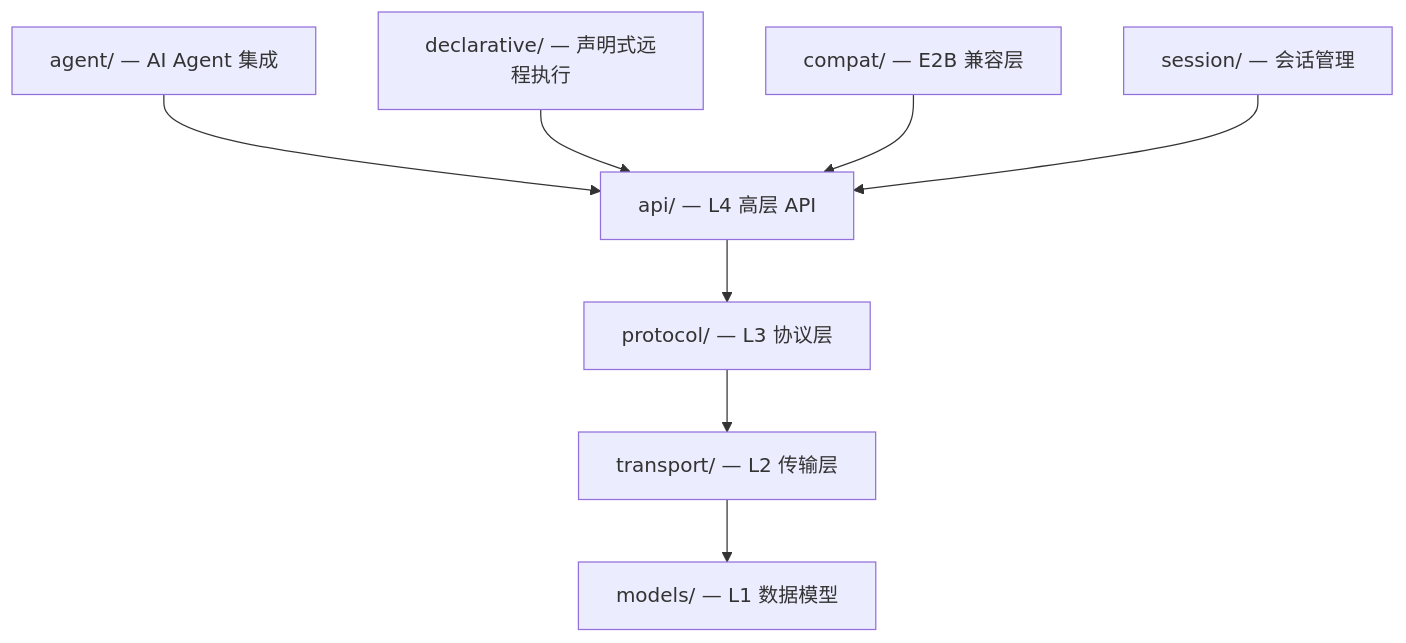
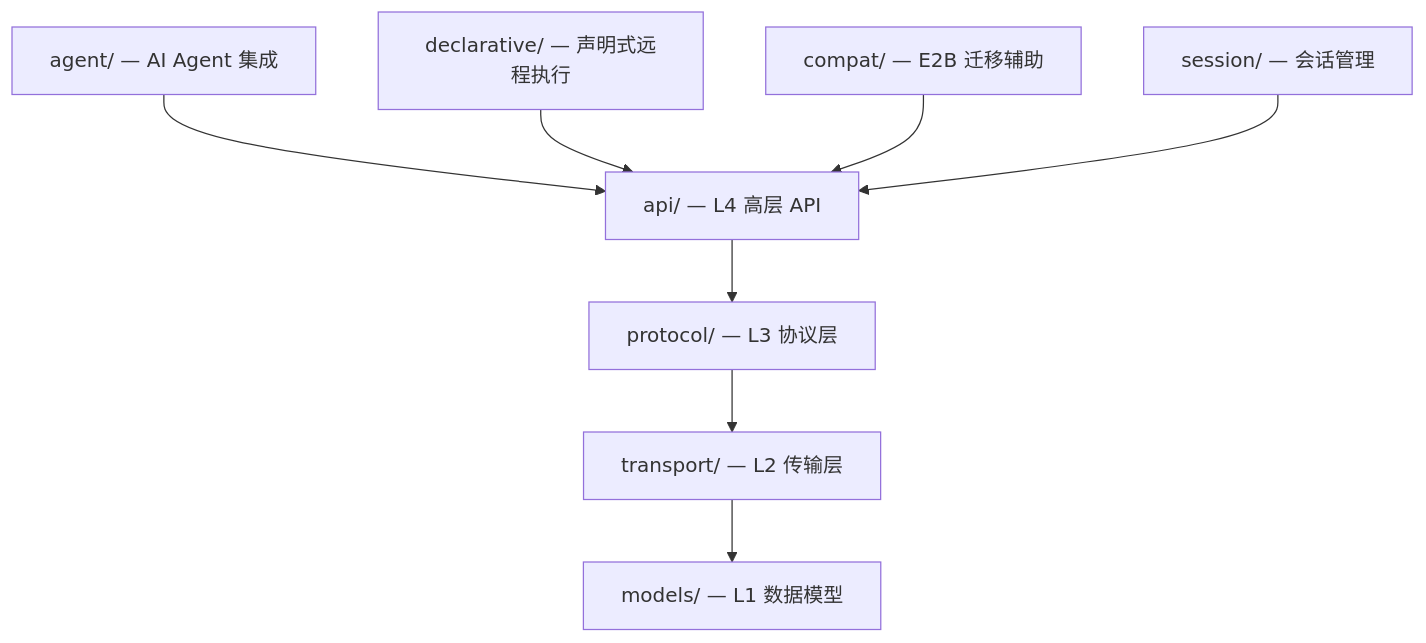
Before and after one commit to Alibaba-Agent-Sandbox/python-sdk: the third of 3 diagrams in docs/zh/explanation/architecture-overview.md, drawn with Mermaid. The commit also changed other lines of this file and 819 other files, not shown here.

````diff
--- a/docs/zh/explanation/architecture-overview.md
+++ b/docs/zh/explanation/architecture-overview.md
@@ -113,17 +114,17 @@
 ```mermaid
 graph TB
     API["api/ — L4 高层 API"]
     Protocol["protocol/ — L3 协议层"]
     Transport["transport/ — L2 传输层"]
     Models["models/ — L1 数据模型"]
     Decl["declarative/ — 声明式远程执行"]
     AgentMod["agent/ — AI Agent 集成"]
     Sess["session/ — 会话管理"]
-    Compat["compat/ — E2B 兼容层"]
+    Compat["compat/ — E2B 迁移辅助"]
 
     AgentMod --> API
     Decl --> API
     Compat --> API
     Sess --> API
     API --> Protocol --> Transport --> Models
 ```
````
